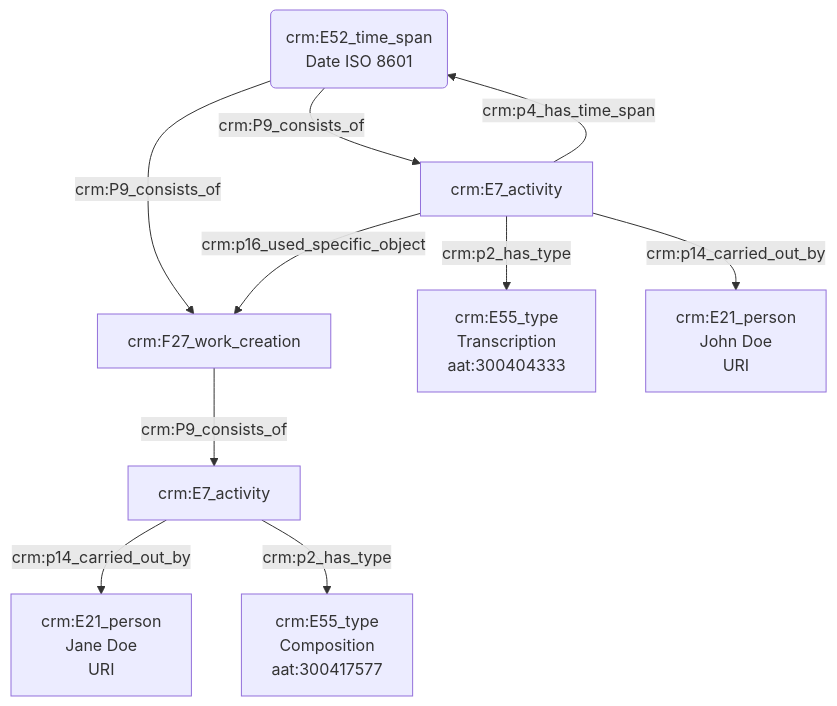
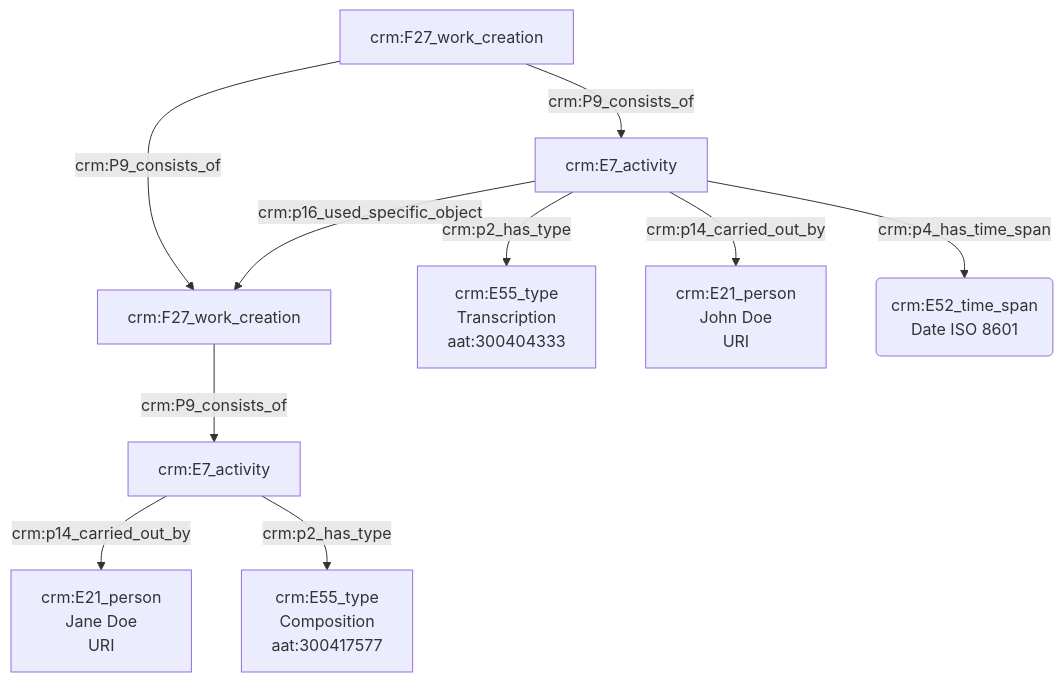
One commit to Amleth/consortium-musica2-gt2-ontologies changed the diagram in modules/livrables/Dossier 2/Indexation conceptuelle/transcription d'une œuvre.md. Above: the diagram before and after it, drawn with Mermaid.

Commit message:
Update transcription d'une œuvre.md

````diff
--- a/modules/livrables/Dossier 2/Indexation conceptuelle/transcription d'une œuvre.md
+++ b/modules/livrables/Dossier 2/Indexation conceptuelle/transcription d'une œuvre.md
@@ -18,16 +18,16 @@
 ```mermaid
 graph TD;
 
 H[crm:F27_work_creation] --> |crm:P9_consists_of| A[crm:E7_activity]
 H[crm:F27_work_creation] --> |crm:P9_consists_of| D[crm:F27_work_creation]
 
 A[crm:E7_activity] --> |crm:p2_has_type| B[crm:E55_type<br>Transcription<br>aat:300404333]
 A[crm:E7_activity] --> |crm:p14_carried_out_by| C[crm:E21_person<br>John Doe<br>URI]
 A[crm:E7_activity] --> |crm:p16_used_specific_object| D[crm:F27_work_creation]
-A[crm:E7_activity] --> |crm:p4_has_time_span| H(crm:E52_time_span<br>Date ISO 8601)
+A[crm:E7_activity] --> |crm:p4_has_time_span| I(crm:E52_time_span<br>Date ISO 8601)
 
 E[crm:E7_activity] --> |crm:p14_carried_out_by| F[crm:E21_person<br>Jane Doe<br>URI]
 E[crm:E7_activity] --> |crm:p2_has_type| G[crm:E55_type<br>Composition<br>aat:300417577]
 D[crm:F27_work_creation]  --> |crm:P9_consists_of| E[crm:E7_activity]
 
 ```
````
